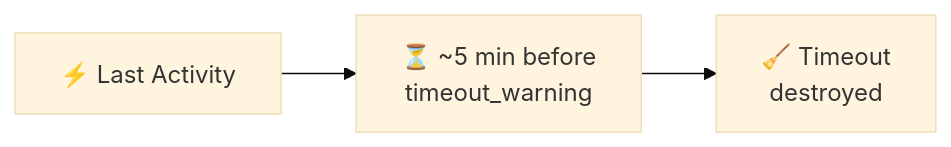
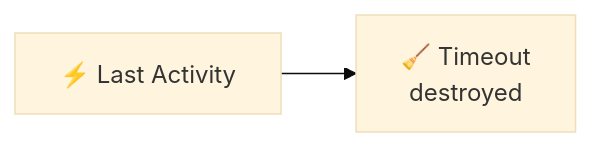
One commit to github/copilot-sdk changed the third of 6 diagrams in docs/features/session-persistence.md. Above: the diagram before and after it, drawn with Mermaid (base theme). The commit also changed other lines of this file and 159 other files, not shown here.

````diff
--- a/docs/features/session-persistence.md
+++ b/docs/features/session-persistence.md
@@ -684,4 +684,4 @@
 ```mermaid
 flowchart LR
-    A["⚡ Last Activity"] --> B["⏳ ~5 min before<br/>timeout_warning"] --> C["🧹 Timeout<br/>destroyed"]
+    A["⚡ Last Activity"] --> B["🧹 Timeout<br/>destroyed"]
 ```
````
